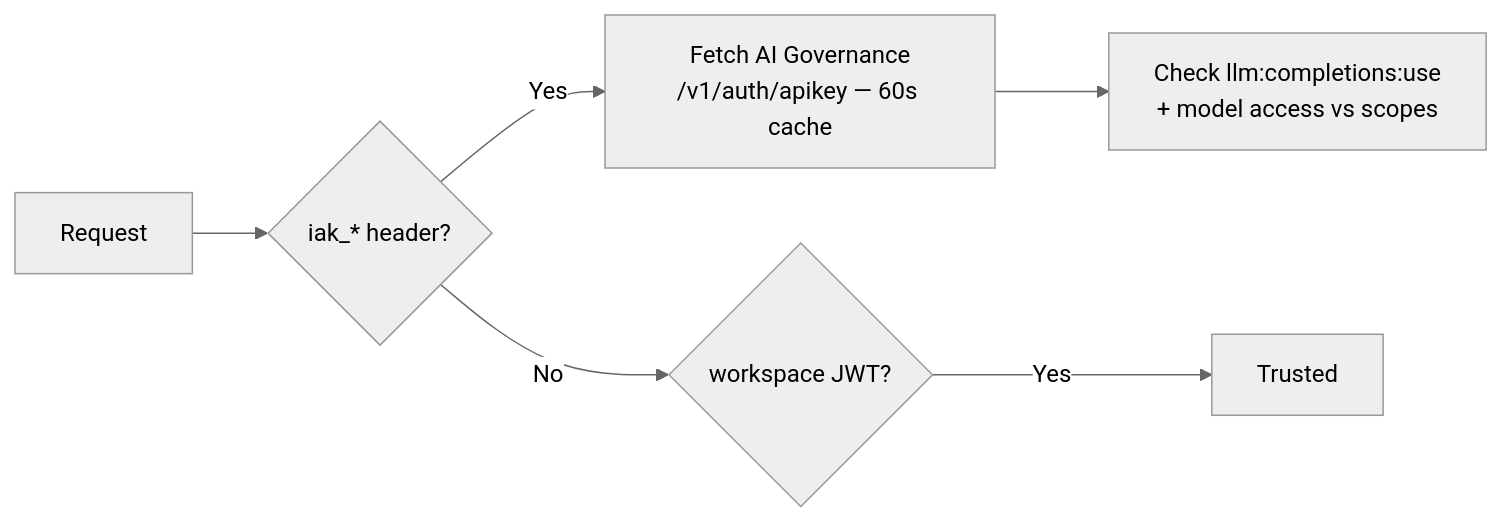
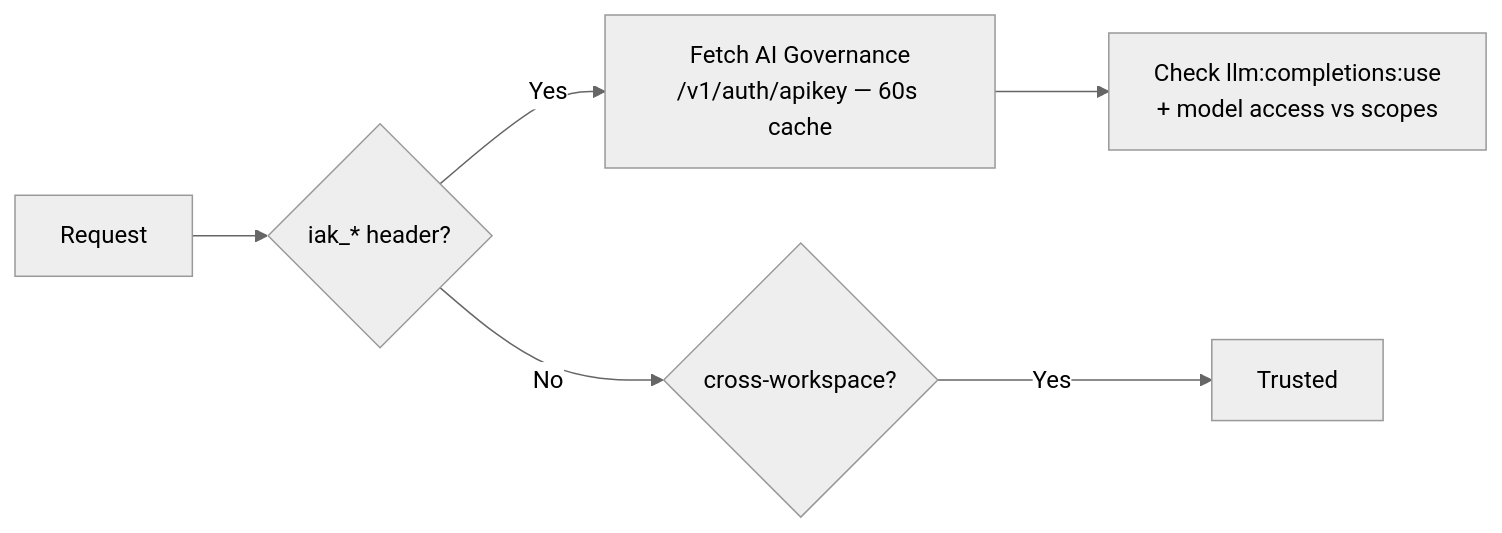
Before and after one commit to prismeai/docs: the fifth of 6 diagrams in architecture/authentication.mdx, drawn with Mermaid (neutral theme). The commit also changed other lines of this file and 33 other files, not shown here.

````diff
--- a/architecture/authentication.mdx
+++ b/architecture/authentication.mdx
@@ -137,8 +199,8 @@
 ```mermaid
 flowchart LR
     REQ[Request] --> IAK{iak_* header?}
     IAK -->|Yes| GOV[Fetch AI Governance\n/v1/auth/apikey — 60s cache]
     GOV --> CHK[Check llm:completions:use\n+ model access vs scopes]
-    IAK -->|No| WS{workspace JWT?}
+    IAK -->|No| WS{cross-workspace?}
     WS -->|Yes| TRUST[Trusted]
 ```
````
